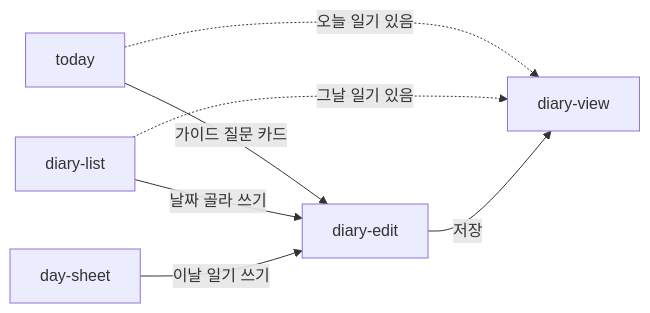
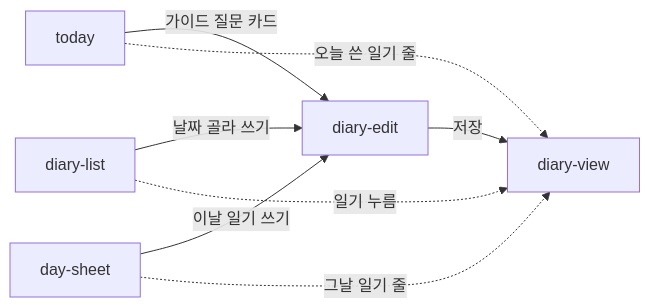
The second of 3 diagrams in docs/ia/README.md (june20516/myungli-diary), drawn with Mermaid before and after one commit. The commit also changed other lines of this file and 5 other files, not shown here.

````diff
--- a/docs/ia/README.md
+++ b/docs/ia/README.md
@@ -42,9 +42,10 @@
 ```mermaid
 flowchart LR
   today -->|가이드 질문 카드| diary-edit
   diary-list -->|날짜 골라 쓰기| diary-edit
   day-sheet -->|이날 일기 쓰기| diary-edit
-  today -.->|오늘 일기 있음| diary-view
-  diary-list -.->|그날 일기 있음| diary-view
+  today -.->|오늘 쓴 일기 줄| diary-view
+  day-sheet -.->|그날 일기 줄| diary-view
+  diary-list -.->|일기 누름| diary-view
   diary-edit -->|저장| diary-view
 ```
````
